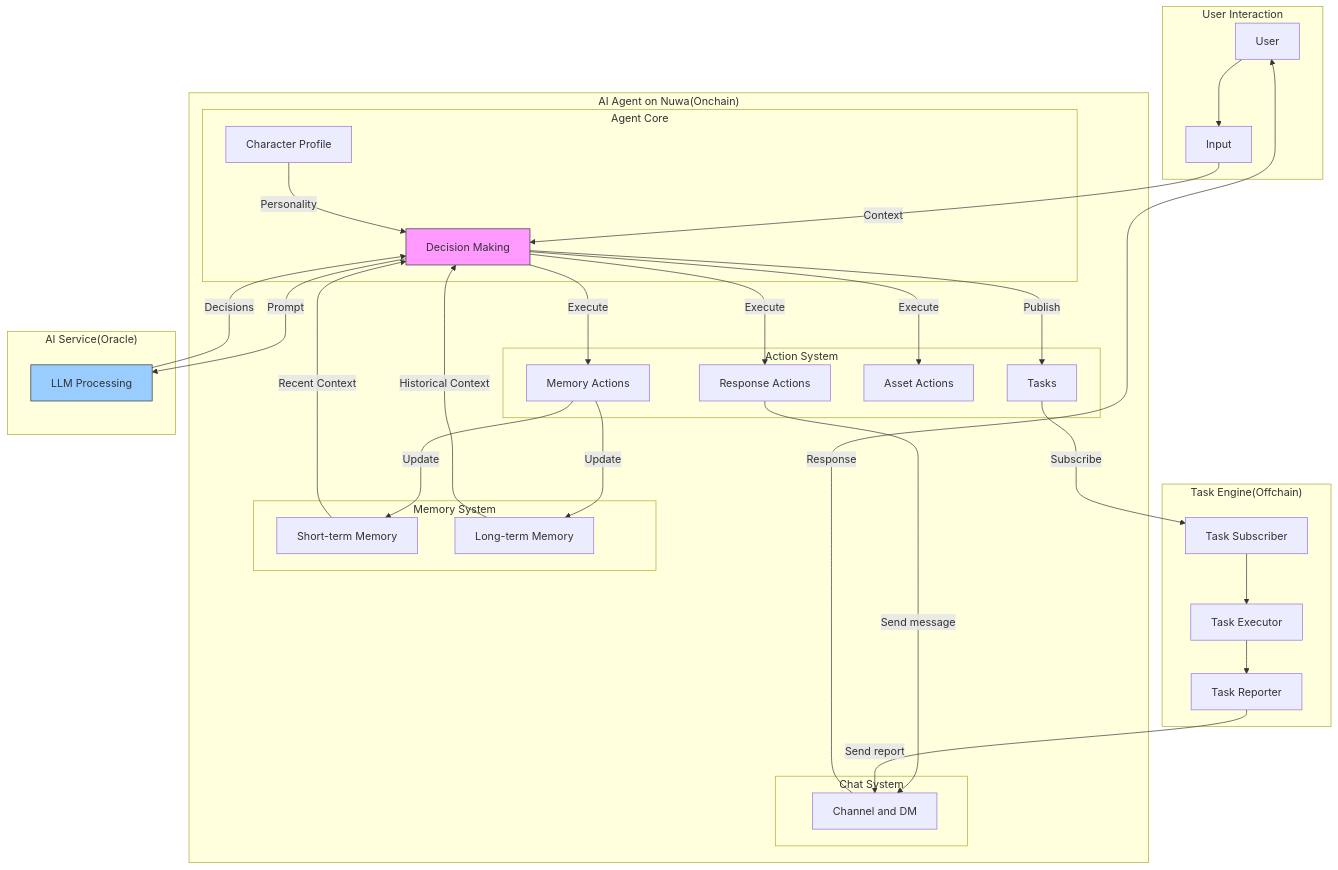
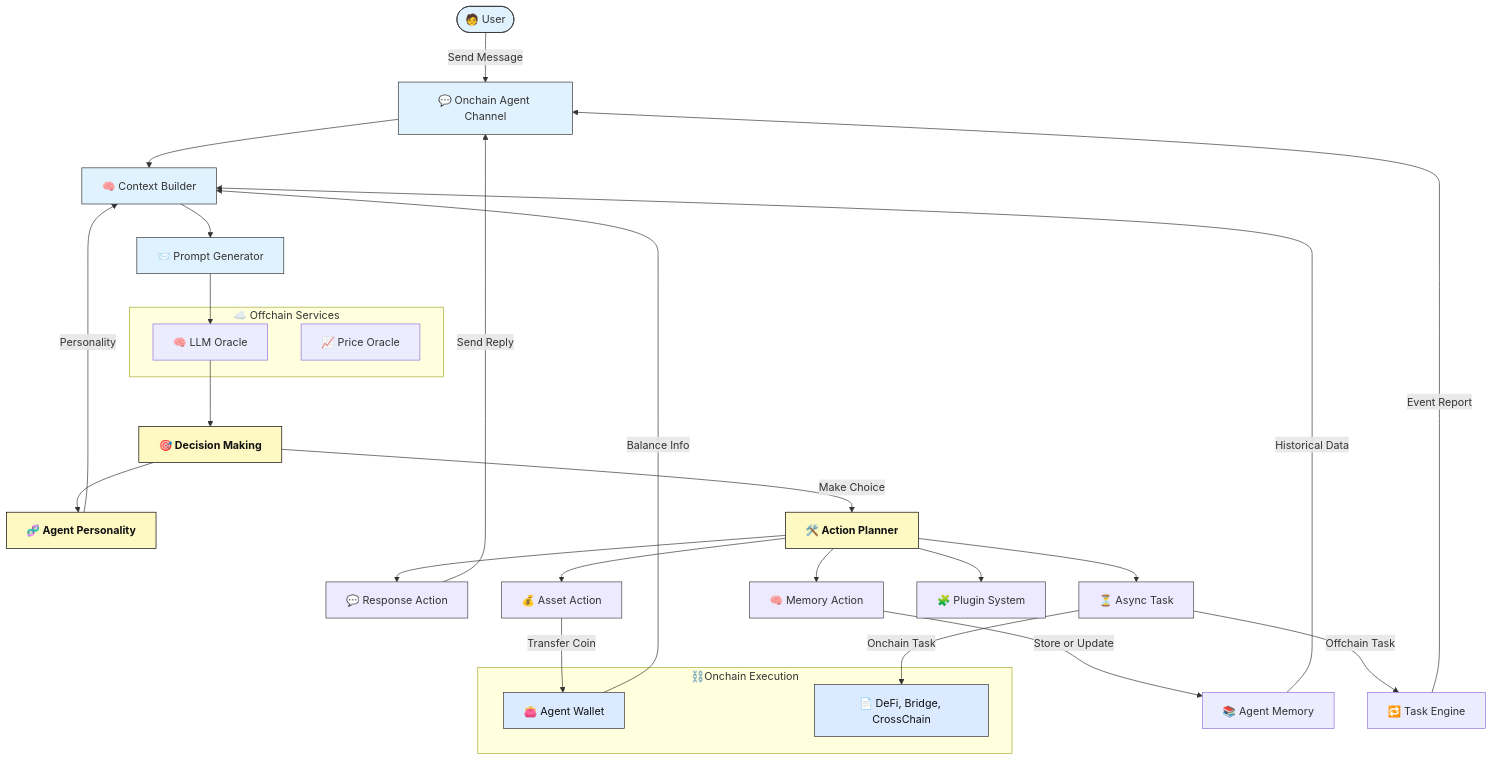
Before and after one commit to wow-sven/nuwa: the first of 2 diagrams in README.md, drawn with Mermaid. The commit also changed other lines of this file, not shown here.

````diff
--- a/README.md
+++ b/README.md
@@ -9,61 +11,61 @@
 ```mermaid
-graph TB
-    subgraph "User Interaction"
-        U[User] --> I[Input]
-    end
+flowchart TD
 
-    subgraph "AI Agent on Nuwa(Onchain)"
-        subgraph "Memory System"
-            SM[Short-term Memory]
-            LM[Long-term Memory]
-        end
-        
-        subgraph "Agent Core"
-            C[Character Profile]
-            D[Decision Making]
-        end
-        
-        subgraph "Action System"
-            A1[Memory Actions]
-            A2[Response Actions]
-            A3[Asset Actions]
-            A4[Tasks]
-        end
+  %% User input
+  User([🧑 User]) -->|Send Message| Chat[💬 Onchain Agent Channel]
+  Chat --> Context[🧠 Context Builder]
 
-        subgraph "Chat System"
-           C1[Channel and DM]
-        end
-    end
+  %% Prompt & LLM Layer
+  Context --> PromptGen[📨 Prompt Generator]
+  PromptGen --> LLM[🧠 LLM Oracle]
 
-    subgraph "AI Service(Oracle)"
-        AI[LLM Processing]
-    end
+  %% Decision Making
+  LLM --> Decision[🎯 Decision Making]
+  Decision --> Profile[🧬 Agent Personality]
+  Decision -->|Make Choice| Planner[🛠️ Action Planner]
 
-    subgraph T ["Task Engine(Offchain)"]
-       T1[Task Subscriber]
-       T2[Task Executor]
-       T3[Task Reporter]
-    end
+  %% Action Execution
+  Planner --> Resp[💬 Response Action]
+  Planner --> Mem[🧠 Memory Action]
+  Planner --> Asset[💰 Asset Action]
+  Planner --> Task[⏳ Async Task]
+  Planner --> Plugin[🧩 Plugin System]
 
-    I --> |Context| D
-    SM --> |Recent Context| D
-    LM --> |Historical Context| D
-    C --> |Personality| D
-    D --> |Prompt| AI
-    AI --> |Decisions| D
-    D --> |Execute| A1
-    D --> |Execute| A2
-    D --> |Execute| A3
-    D --> |Publish| A4
-    A1 --> |Update| SM
-    A1 --> |Update| LM
-    A2 --> |Send message|C1
-    C1 --> |Response| U
-    A4 --> |Subscribe| T1
-    T1 --> T2
-    T2 --> T3
-    T3 --> |Send report| C1
+  Resp -->|Send Reply| Chat
+  Mem -->|Store or Update| Memory[📚 Agent Memory]
+  Asset -->|Transfer Coin| Wallet[👛 Agent Wallet]
 
-    style D fill:#f9f,stroke:#333
-    style AI fill:#9cf,stroke:#333
+  %% External state sources
+  Wallet -->|Balance Info| Context
+  Memory -->|Historical Data| Context
+  Profile -->|Personality| Context
+
+  %% Execution Targets
+  subgraph OnchainExecution[⛓️Onchain Execution]
+    Wallet
+    Contracts[📄 DeFi, Bridge, CrossChain]
+  end
+
+  subgraph OffchainServices[☁️ Offchain Services]
+    LLM
+    PriceOracle[📈 Price Oracle]
+  end
+
+  %% Task Routing
+  Task -->|Onchain Task| Contracts
+  Task -->|Offchain Task| TaskEngine[🔁 Task Engine]
+  TaskEngine -->|Event Report| Chat
+
+
+  %% Styling
+  classDef core fill:#fef9c3,stroke:#000,color:#111,font-weight:bold;
+  classDef exec fill:#dbeafe,stroke:#333,color:#111;
+  classDef input fill:#e0f2fe,stroke:#333;
+  classDef action fill:#ede9fe,stroke:#444;
+  classDef logic fill:#f3e8ff,stroke:#333;
+  class Profile,Decision,Planner core;
+  class Wallet,Contracts exec;
+  class LLM,PriceOracle offchain;
+  class User,Chat,Context,PromptGen input;
+  class Resp,Mem,Asset,Task,Plugin action;
 ```
````
